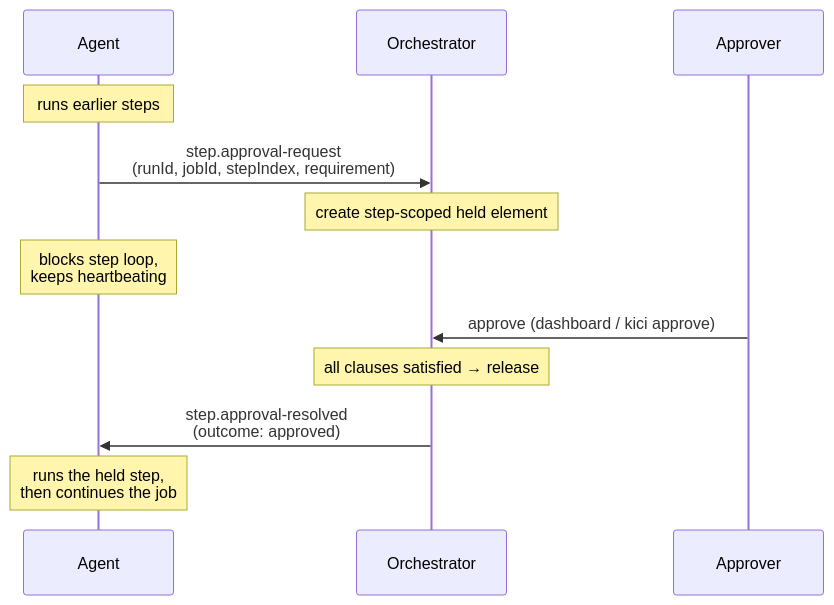
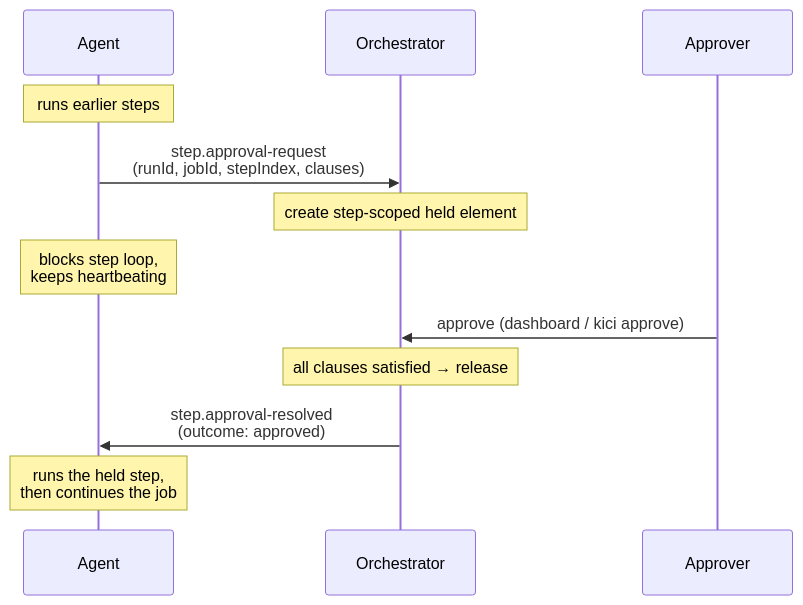
The second of 2 diagrams in docs/architecture/approvals.md (kici-dev/kici-public), drawn with Mermaid before and after one commit. The commit also changed other lines of this file and 58 other files, not shown here.

````diff
--- a/docs/architecture/approvals.md
+++ b/docs/architecture/approvals.md
@@ -125,15 +124,15 @@
 ```mermaid
 sequenceDiagram
     participant Agent
     participant Orchestrator
     participant Approver
 
     Note over Agent: runs earlier steps
-    Agent->>Orchestrator: step.approval-request<br/>(runId, jobId, stepIndex, requirement)
+    Agent->>Orchestrator: step.approval-request<br/>(runId, jobId, stepIndex, clauses)
     Note over Orchestrator: create step-scoped held element
     Note over Agent: blocks step loop,<br/>keeps heartbeating
     Approver->>Orchestrator: approve (dashboard / kici approve)
     Note over Orchestrator: all clauses satisfied → release
     Orchestrator->>Agent: step.approval-resolved<br/>(outcome: approved)
     Note over Agent: runs the held step,<br/>then continues the job
 ```
````
